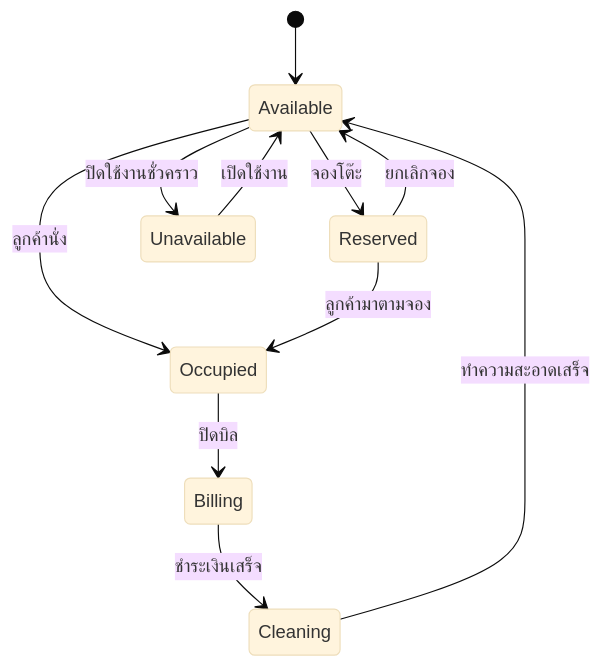
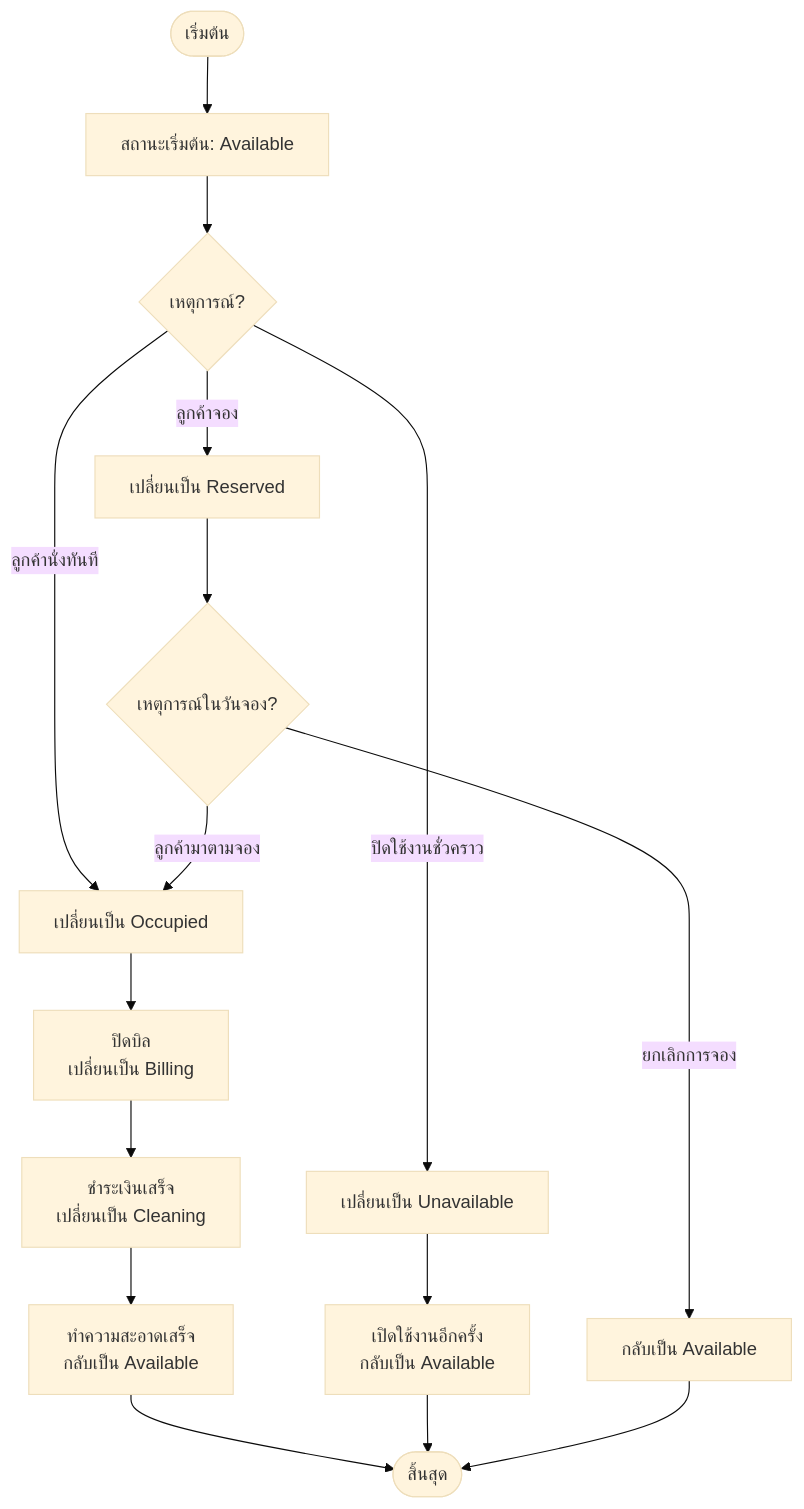
Diagram 14 of 27 in doc/report/05-chapter-3-design.md (TurkPhakim/RBMS-POS-Website), drawn with Mermaid (base theme) before and after one commit. The commit also changed other lines of this file and 5 other files, not shown here.

````diff
--- a/doc/report/05-chapter-3-design.md
+++ b/doc/report/05-chapter-3-design.md
@@ -592,13 +592,18 @@
 ```mermaid
-stateDiagram-v2
-    [*] --> Available
-    Available --> Reserved: จองโต๊ะ
-    Available --> Occupied: ลูกค้านั่ง
-    Reserved --> Occupied: ลูกค้ามาตามจอง
-    Reserved --> Available: ยกเลิกจอง
-    Occupied --> Billing: ปิดบิล
-    Billing --> Cleaning: ชำระเงินเสร็จ
-    Cleaning --> Available: ทำความสะอาดเสร็จ
-    Available --> Unavailable: ปิดใช้งานชั่วคราว
-    Unavailable --> Available: เปิดใช้งาน
+flowchart TD
+    Start([เริ่มต้น]) --> A[สถานะเริ่มต้น: Available]
+    A --> B{เหตุการณ์?}
+    B -- ลูกค้าจอง --> C[เปลี่ยนเป็น Reserved]
+    B -- ลูกค้านั่งทันที --> D[เปลี่ยนเป็น Occupied]
+    B -- ปิดใช้งานชั่วคราว --> E[เปลี่ยนเป็น Unavailable]
+    C --> F{เหตุการณ์ในวันจอง?}
+    F -- ลูกค้ามาตามจอง --> D
+    F -- ยกเลิกการจอง --> M[กลับเป็น Available]
+    D --> G[ปิดบิล<br/>เปลี่ยนเป็น Billing]
+    G --> H[ชำระเงินเสร็จ<br/>เปลี่ยนเป็น Cleaning]
+    H --> I[ทำความสะอาดเสร็จ<br/>กลับเป็น Available]
+    E --> J[เปิดใช้งานอีกครั้ง<br/>กลับเป็น Available]
+    I --> End([สิ้นสุด])
+    J --> End
+    M --> End
 ```
````
